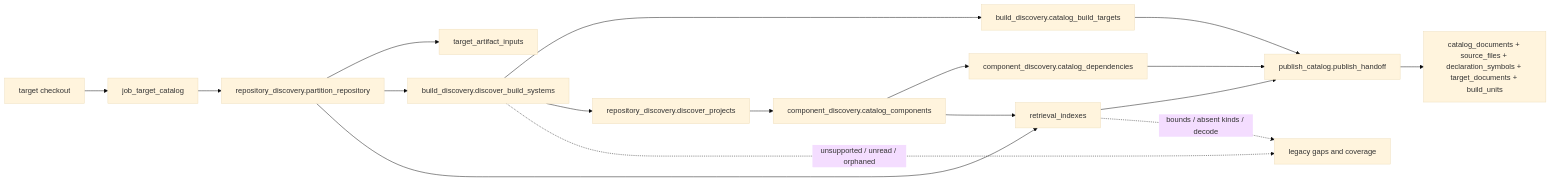
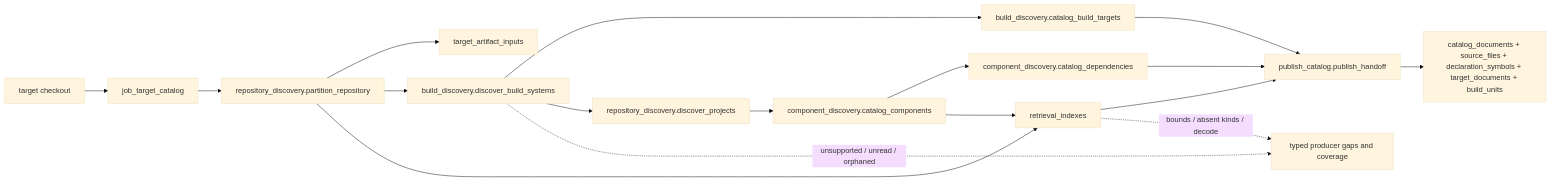
One commit to wsollers/appsec-review changed the second of 2 diagrams in docs/operations/job_target_catalog.md. Above: the diagram before and after it, drawn with Mermaid (base theme). The commit also changed other lines of this file and 10 other files, not shown here.

````diff
--- a/docs/operations/job_target_catalog.md
+++ b/docs/operations/job_target_catalog.md
@@ -210,19 +219,19 @@
 ```mermaid
 flowchart LR
   checkout["target checkout"] --> job["job_target_catalog"]
   job --> partition["repository_discovery.partition_repository"]
   partition --> binaries["target_artifact_inputs"]
   partition --> discover["build_discovery.discover_build_systems"]
   discover --> targets["build_discovery.catalog_build_targets"]
   discover --> projects["repository_discovery.discover_projects"]
   projects --> components["component_discovery.catalog_components"]
   components --> deps["component_discovery.catalog_dependencies"]
   partition --> indexes["retrieval_indexes"]
   components --> indexes
   targets --> publish["publish_catalog.publish_handoff"]
   deps --> publish
   indexes --> publish
   publish --> outputs["catalog_documents + source_files + declaration_symbols + target_documents + build_units"]
-  discover -. "unsupported / unread / orphaned" .-> gaps["legacy gaps and coverage"]
+  discover -. "unsupported / unread / orphaned" .-> gaps["typed producer gaps and coverage"]
   indexes -. "bounds / absent kinds / decode" .-> gaps
 ```
````
